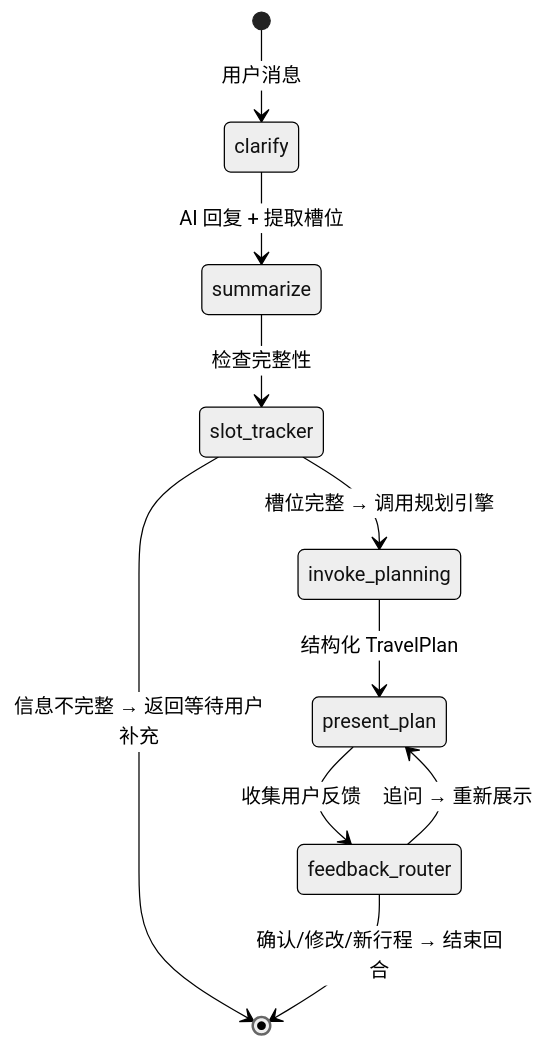
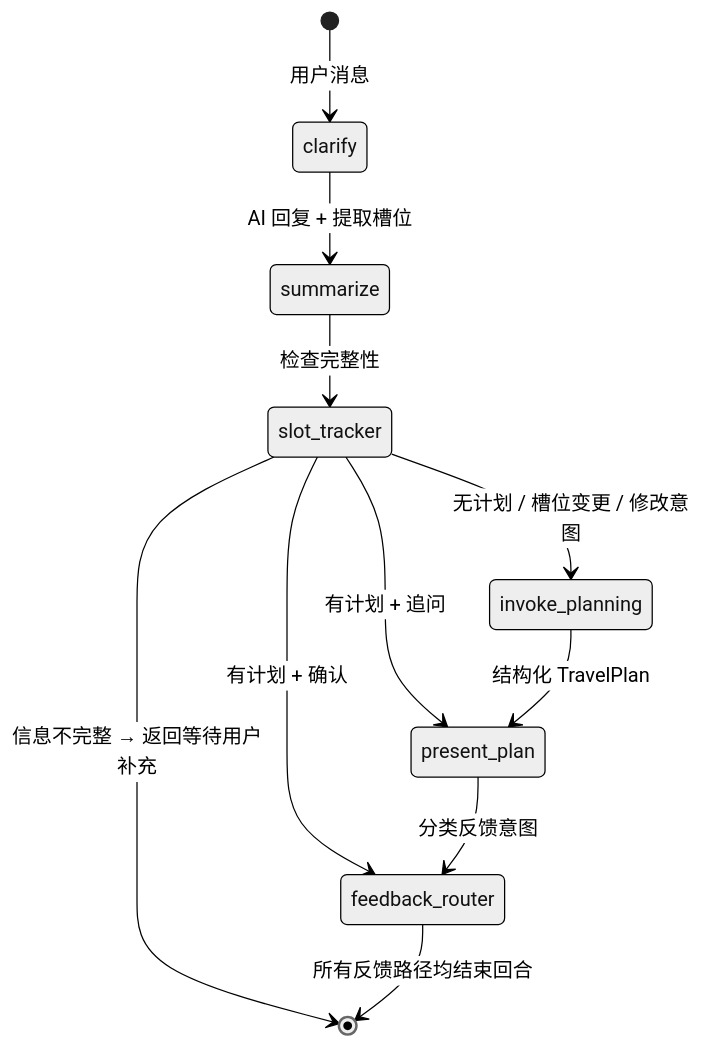
The fourth of 4 diagrams in README.md (camellia-ssj/travel-planner-agent), drawn with Mermaid (neutral theme) before and after one commit. The commit also changed other lines of this file and 45 other files, not shown here.

````diff
--- a/README.md
+++ b/README.md
@@ -155,12 +164,13 @@
 ```mermaid
 stateDiagram-v2
     [*] --> clarify: 用户消息
     clarify --> summarize: AI 回复 + 提取槽位
     summarize --> slot_tracker: 检查完整性
     slot_tracker --> [*]: 信息不完整 → 返回等待用户补充
-    slot_tracker --> invoke_planning: 槽位完整 → 调用规划引擎
+    slot_tracker --> invoke_planning: 无计划 / 槽位变更 / 修改意图
+    slot_tracker --> present_plan: 有计划 + 追问
+    slot_tracker --> feedback_router: 有计划 + 确认
     invoke_planning --> present_plan: 结构化 TravelPlan
-    present_plan --> feedback_router: 收集用户反馈
-    feedback_router --> [*]: 确认/修改/新行程 → 结束回合
-    feedback_router --> present_plan: 追问 → 重新展示
+    present_plan --> feedback_router: 分类反馈意图
+    feedback_router --> [*]: 所有反馈路径均结束回合
 ```
````
